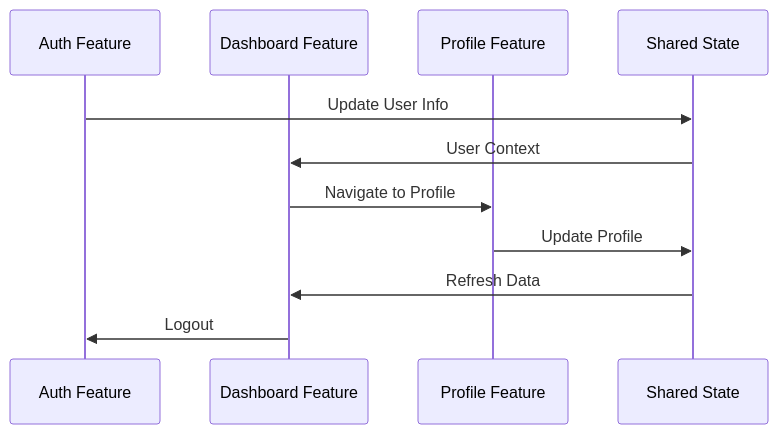
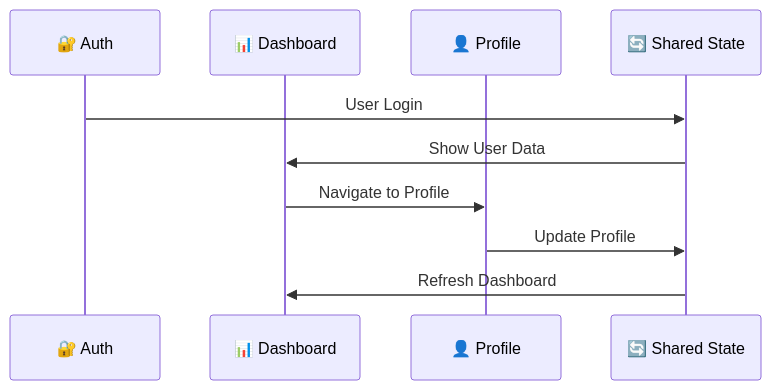
The fourth of 17 diagrams in README.md (sep490-drivemate-system/webapp), drawn with Mermaid before and after one commit. The commit also changed other lines of this file and 1 other file, not shown here.

````diff
--- a/README.md
+++ b/README.md
@@ -149,14 +106,13 @@
 ```mermaid
 sequenceDiagram
-    participant Auth as Auth Feature
-    participant Dashboard as Dashboard Feature
-    participant Profile as Profile Feature
-    participant Shared as Shared State
+    participant Auth as 🔐 Auth
+    participant Dashboard as 📊 Dashboard
+    participant Profile as 👤 Profile
+    participant Shared as 🔄 Shared State
 
-    Auth->>Shared: Update User Info
-    Shared->>Dashboard: User Context
+    Auth->>Shared: User Login
+    Shared->>Dashboard: Show User Data
     Dashboard->>Profile: Navigate to Profile
     Profile->>Shared: Update Profile
-    Shared->>Dashboard: Refresh Data
-    Dashboard->>Auth: Logout
+    Shared->>Dashboard: Refresh Dashboard
 ```
````
